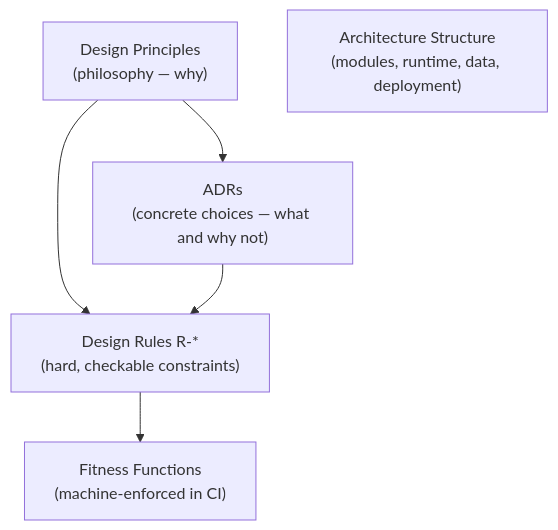
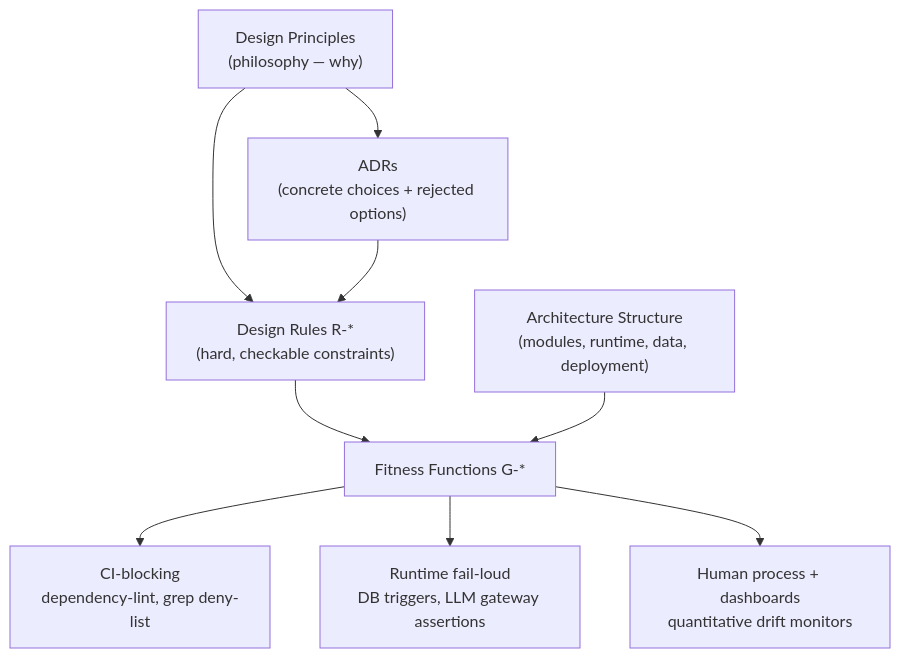
One commit to stemolly/wiki changed the second of 3 diagrams in src/content/docs/architecture/core-arch.md. Above: the diagram before and after it, drawn with Mermaid. The commit also changed other lines of this file and 57 other files, not shown here.

````diff
--- a/src/content/docs/architecture/core-arch.md
+++ b/src/content/docs/architecture/core-arch.md
@@ -92,13 +83,18 @@
 ```mermaid
-flowchart TD
+graph TD
     P["Design Principles<br/>(philosophy — why)"]
-    A["ADRs<br/>(concrete choices — what and why not)"]
+    A["ADRs<br/>(concrete choices + rejected options)"]
     R["Design Rules R-*<br/>(hard, checkable constraints)"]
     S["Architecture Structure<br/>(modules, runtime, data, deployment)"]
-    FF["Fitness Functions<br/>(machine-enforced in CI)"]
+    FF["Fitness Functions G-*"]
 
     P --> A
     P --> R
+    A --> R
     R --> FF
-    A --> R
+    S --> FF
+
+    FF --> CI["CI-blocking<br/>dependency-lint, grep deny-list"]
+    FF --> RT["Runtime fail-loud<br/>DB triggers, LLM gateway assertions"]
+    FF --> HP["Human process + dashboards<br/>quantitative drift monitors"]
 ```
````
